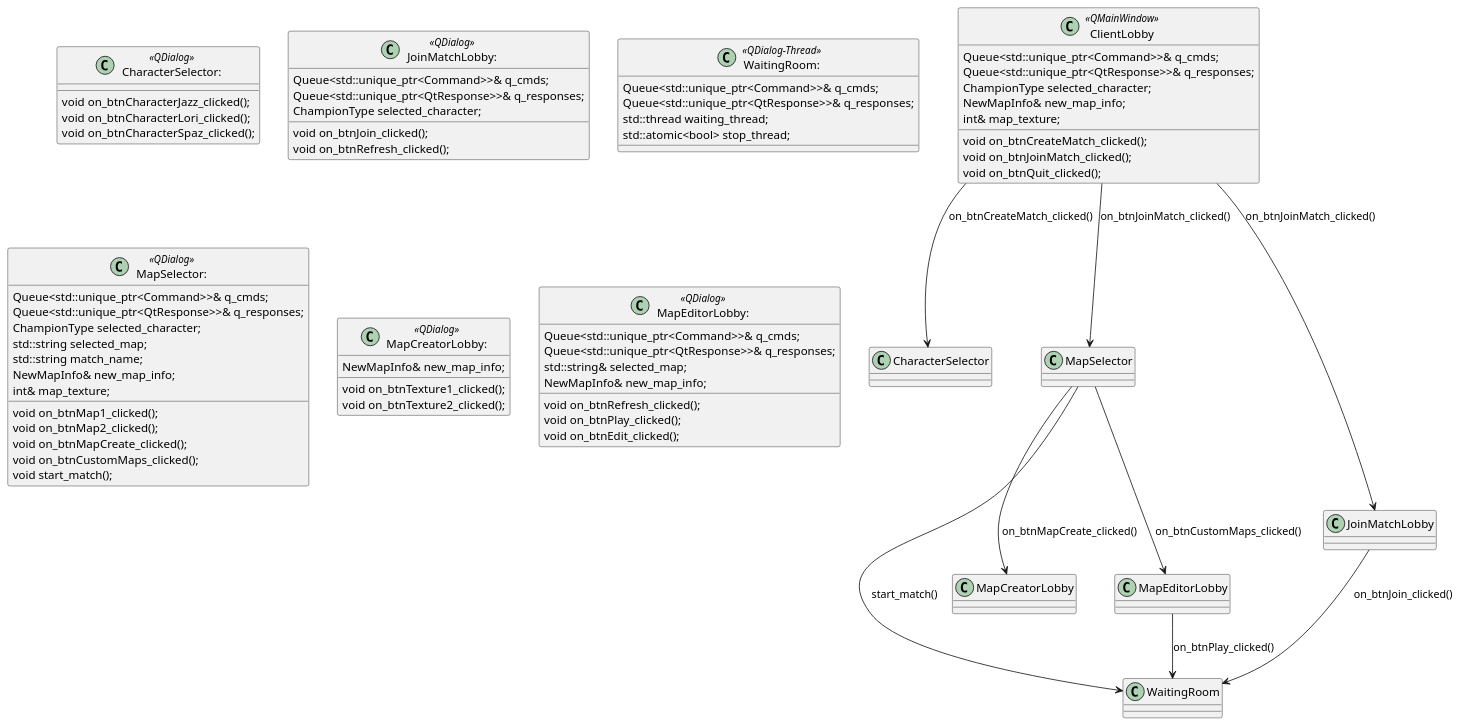
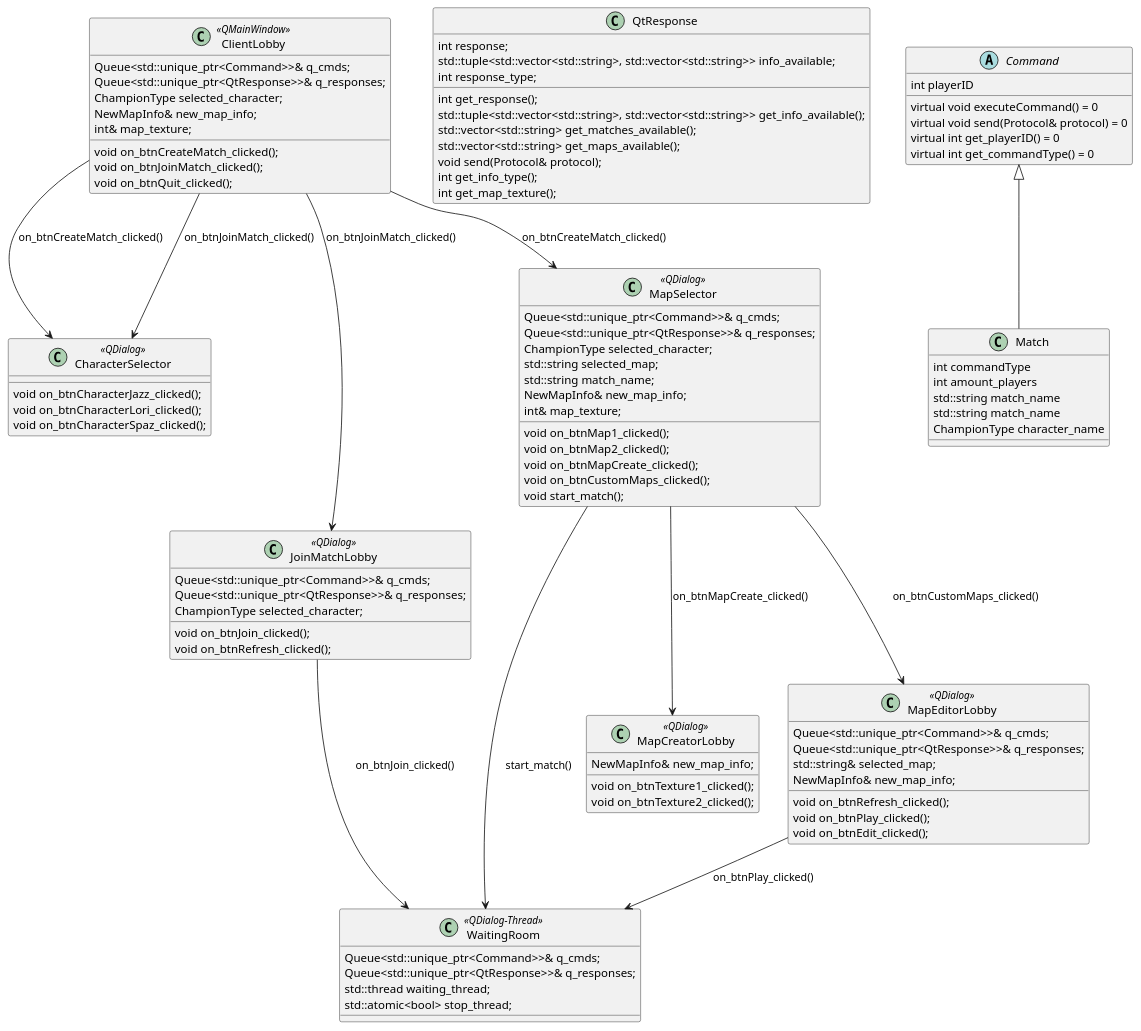
The diagram in documentation/UMLS/lobby.puml (Taller-de-Programacion-1-1C2024-GRUPO1/TP-Jazz-Jackrabbit-2), drawn with PlantUML before and after one commit. The commit also changed other lines of this file and 11 other files, not shown here.

```diff
--- a/documentation/UMLS/lobby.puml
+++ b/documentation/UMLS/lobby.puml
@@ -3,78 +3,126 @@
 @startuml
 class ClientLobby <<QMainWindow>> {
     Queue<std::unique_ptr<Command>>& q_cmds;
     Queue<std::unique_ptr<QtResponse>>& q_responses;
     ChampionType selected_character;
     NewMapInfo& new_map_info;
     int& map_texture;
 
     void on_btnCreateMatch_clicked();
     void on_btnJoinMatch_clicked();
     void on_btnQuit_clicked();
 }
 
-class CharacterSelector: <<QDialog>> {
+class CharacterSelector <<QDialog>> {
     void on_btnCharacterJazz_clicked();
     void on_btnCharacterLori_clicked();
     void on_btnCharacterSpaz_clicked();
 }
 
-class JoinMatchLobby: <<QDialog>> {
+class JoinMatchLobby <<QDialog>> {
     Queue<std::unique_ptr<Command>>& q_cmds;
     Queue<std::unique_ptr<QtResponse>>& q_responses;
     ChampionType selected_character;
     void on_btnJoin_clicked();
     void on_btnRefresh_clicked();
 }
 
-class WaitingRoom: <<QDialog-Thread>> {
+class WaitingRoom <<QDialog-Thread>> {
     Queue<std::unique_ptr<Command>>& q_cmds;
     Queue<std::unique_ptr<QtResponse>>& q_responses;
     std::thread waiting_thread;
     std::atomic<bool> stop_thread;
 }
 
-class MapSelector: <<QDialog>> {
+class MapSelector <<QDialog>> {
     Queue<std::unique_ptr<Command>>& q_cmds;
     Queue<std::unique_ptr<QtResponse>>& q_responses;
     ChampionType selected_character;
     std::string selected_map;
     std::string match_name;
     NewMapInfo& new_map_info;
     int& map_texture;
     void on_btnMap1_clicked();
     void on_btnMap2_clicked();
     void on_btnMapCreate_clicked();
     void on_btnCustomMaps_clicked();
     void start_match();
 
 }
 
-class MapCreatorLobby: <<QDialog>> {
+class MapCreatorLobby <<QDialog>> {
     NewMapInfo& new_map_info;
     void on_btnTexture1_clicked();
     void on_btnTexture2_clicked();
 }
 
-class MapEditorLobby: <<QDialog>> {
+class MapEditorLobby <<QDialog>> {
     Queue<std::unique_ptr<Command>>& q_cmds;
     Queue<std::unique_ptr<QtResponse>>& q_responses;
     std::string& selected_map;
     NewMapInfo& new_map_info;
     void on_btnRefresh_clicked();
     void on_btnPlay_clicked();
     void on_btnEdit_clicked();
 }
 
+
+
+
+
+
+
+class QtResponse {
+    int response;
+    std::tuple<std::vector<std::string>, std::vector<std::string>> info_available;
+    int response_type;
+
+    int get_response();
+    std::tuple<std::vector<std::string>, std::vector<std::string>> get_info_available();
+    std::vector<std::string> get_matches_available();
+    std::vector<std::string> get_maps_available(); 
+    void send(Protocol& protocol);
+    int get_info_type();
+    int get_map_texture();
+}
+
+
+
+abstract class Command {
+    int playerID
+    virtual void executeCommand() = 0
+    virtual void send(Protocol& protocol) = 0
+    virtual int get_playerID() = 0
+    virtual int get_commandType() = 0
+}
+
+class Match {
+   int commandType
+   int amount_players
+   std::string match_name
+   std::string match_name
+   ChampionType character_name
+}
+
+
+
+
+
+
+
+
 ClientLobby --> CharacterSelector : on_btnCreateMatch_clicked()
-ClientLobby --> MapSelector : on_btnJoinMatch_clicked()
+ClientLobby --> CharacterSelector : on_btnJoinMatch_clicked()
+ClientLobby --> MapSelector : on_btnCreateMatch_clicked()
 MapSelector --> WaitingRoom : start_match()
 
 ClientLobby --> JoinMatchLobby : on_btnJoinMatch_clicked()
 JoinMatchLobby --> WaitingRoom : on_btnJoin_clicked()
 
 
 MapSelector --> MapCreatorLobby : on_btnMapCreate_clicked()
 MapSelector --> MapEditorLobby : on_btnCustomMaps_clicked()
 MapEditorLobby --> WaitingRoom : on_btnPlay_clicked()
+
+Command <|-- Match
 @enduml
```
